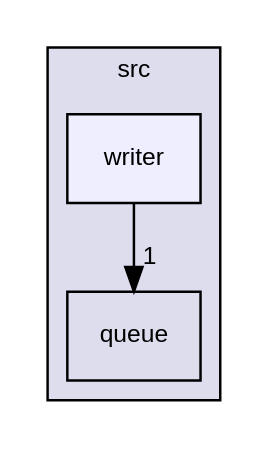
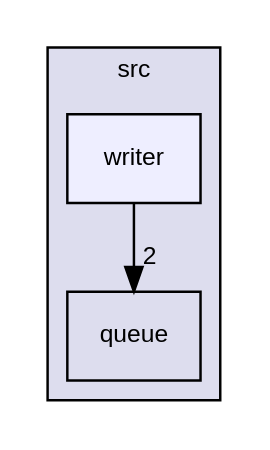
Before and after one commit to akukhta/ki: the diagram in dir_d23ba569ffb931581bcd85a3af3f3bc5_dep.dot, drawn with Graphviz. The commit also changed 85 other files, not shown here.

```diff
--- a/dir_d23ba569ffb931581bcd85a3af3f3bc5_dep.dot
+++ b/dir_d23ba569ffb931581bcd85a3af3f3bc5_dep.dot
@@ -1,11 +1,11 @@
 digraph "/home/runner/work/ki/ki/src/writer" {
   compound=true
   node [ fontsize="10", fontname="Helvetica"];
   edge [ labelfontsize="10", labelfontname="Helvetica"];
   subgraph clusterdir_68267d1309a1af8e8297ef4c3efbcdba {
     graph [ bgcolor="#ddddee", pencolor="black", label="src" fontname="Helvetica", fontsize="10", URL="dir_68267d1309a1af8e8297ef4c3efbcdba.html"]
   dir_b932d720ae4455b3a35ba932c1ee98d1 [shape=box label="queue" URL="dir_b932d720ae4455b3a35ba932c1ee98d1.html"];
   dir_d23ba569ffb931581bcd85a3af3f3bc5 [shape=box, label="writer", style="filled", fillcolor="#eeeeff", pencolor="black", URL="dir_d23ba569ffb931581bcd85a3af3f3bc5.html"];
   }
-  dir_d23ba569ffb931581bcd85a3af3f3bc5->dir_b932d720ae4455b3a35ba932c1ee98d1 [headlabel="1", labeldistance=1.5 headhref="dir_000005_000003.html"];
+  dir_d23ba569ffb931581bcd85a3af3f3bc5->dir_b932d720ae4455b3a35ba932c1ee98d1 [headlabel="2", labeldistance=1.5 headhref="dir_000005_000003.html"];
 }
```
